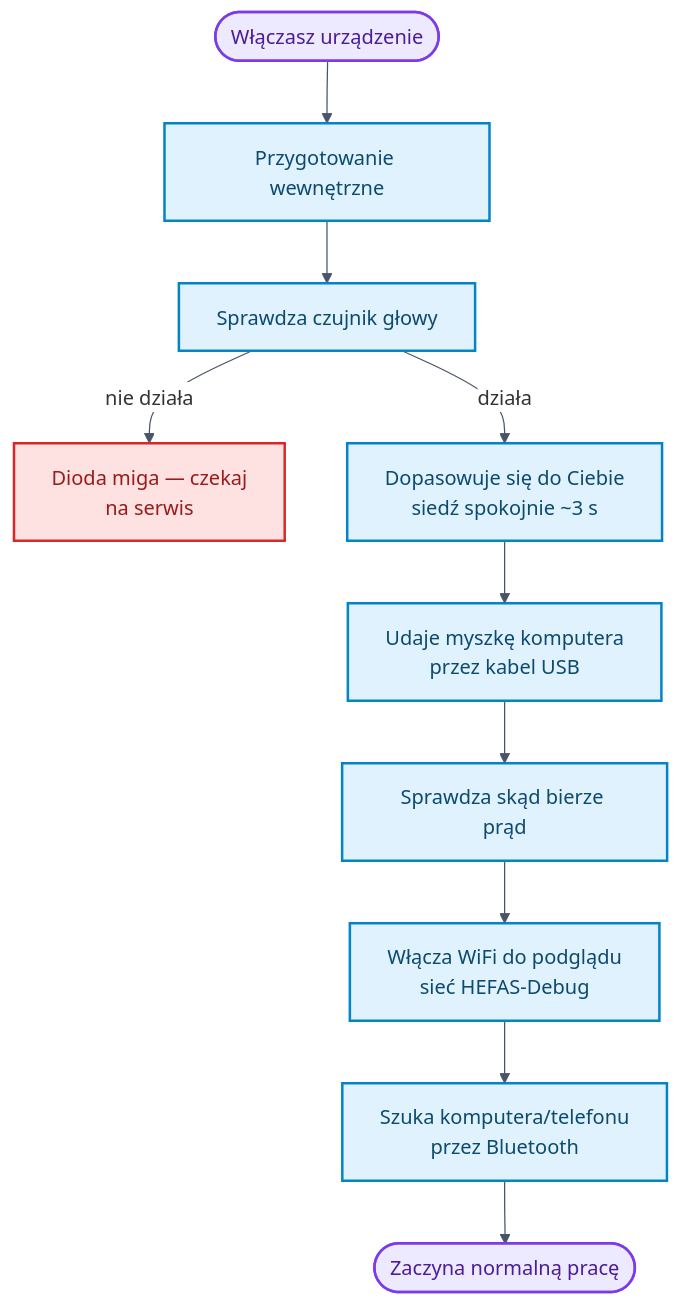
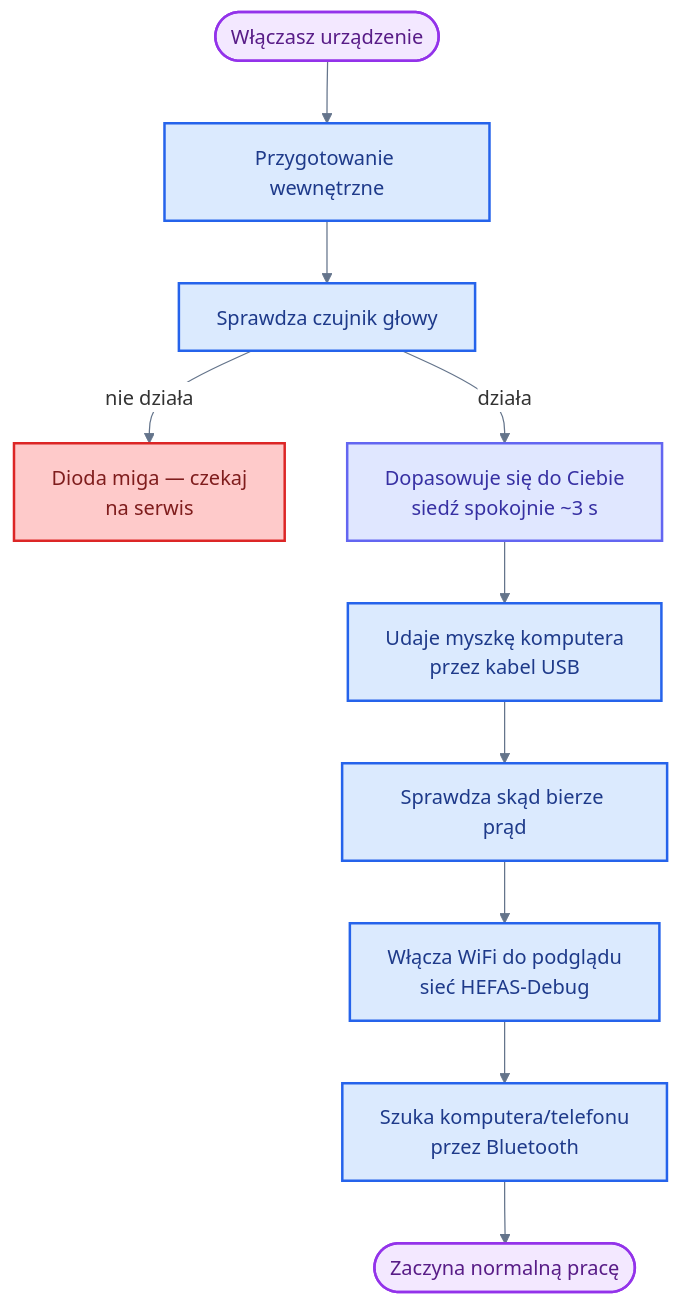
The second of 10 diagrams in README.md (bartkadres-ai/HEFAS-4.0), drawn with Mermaid before and after one commit. The commit also changed other lines of this file, not shown here.

````diff
--- a/README.md
+++ b/README.md
@@ -325,20 +330,22 @@
 ```mermaid
-%%{init: { 'theme': 'default', 'themeVariables': { 'darkMode': false, 'background': '#ffffff', 'mainBkg': '#ffffff', 'primaryColor': '#ffffff', 'secondaryColor': '#ffffff', 'tertiaryColor': '#ffffff', 'primaryTextColor': '#1e293b', 'lineColor': '#475569', 'clusterBkg': '#f8fafc', 'clusterBorder': '#cbd5e1', 'edgeLabelBackground': '#ffffff', 'noteBkgColor': '#f8fafc', 'noteTextColor': '#475569' }}}%%
+%%{init: { 'theme': 'default', 'themeVariables': { 'darkMode': false, 'background': '#ffffff', 'mainBkg': '#ffffff', 'primaryColor': '#ffffff', 'secondaryColor': '#ffffff', 'tertiaryColor': '#ffffff', 'primaryTextColor': '#1e293b', 'secondaryTextColor': '#334155', 'lineColor': '#64748b', 'primaryBorderColor': '#94a3b8', 'clusterBkg': '#f1f5f9', 'clusterBorder': '#94a3b8', 'edgeLabelBackground': '#ffffff', 'noteBkgColor': '#f8fafc', 'noteTextColor': '#475569', 'fontFamily': 'arial' }}}%%
 flowchart TD
     S([Włączasz urządzenie]) --> SER[Przygotowanie wewnętrzne]
     SER --> I2C[Sprawdza czujnik głowy]
     I2C -->|nie działa| BLINK[Dioda miga — czekaj<br/>na serwis]
     I2C -->|działa| KAL0["Dopasowuje się do Ciebie<br/>siedź spokojnie ~3 s"]
     KAL0 --> USB["Udaje myszkę komputera<br/>przez kabel USB"]
     USB --> ZAS0[Sprawdza skąd bierze prąd]
     ZAS0 --> WD["Włącza WiFi do podglądu<br/>sieć HEFAS-Debug"]
     WD --> BLE0["Szuka komputera/telefonu<br/>przez Bluetooth"]
     BLE0 --> E([Zaczyna normalną pracę])
 
-    classDef startEnd fill:#ede9fe,stroke:#7c3aed,stroke-width:2px,color:#4c1d95
-    classDef process fill:#e0f2fe,stroke:#0284c7,stroke-width:2px,color:#0c4a6e
-    classDef bad fill:#fee2e2,stroke:#dc2626,stroke-width:2px,color:#991b1b
+    classDef startEnd fill:#f3e8ff,stroke:#9333ea,stroke-width:2px,color:#581c87
+    classDef process fill:#dbeafe,stroke:#2563eb,stroke-width:2px,color:#1e3a8a
+    classDef bad fill:#fecaca,stroke:#dc2626,stroke-width:2px,color:#7f1d1d
+    classDef setup fill:#e0e7ff,stroke:#6366f1,stroke-width:2px,color:#3730a3
     class S,E startEnd
-    class SER,I2C,KAL0,USB,ZAS0,WD,BLE0 process
+    class SER,I2C,USB,ZAS0,WD,BLE0 process
+    class KAL0 setup
     class BLINK bad
 ```
````
